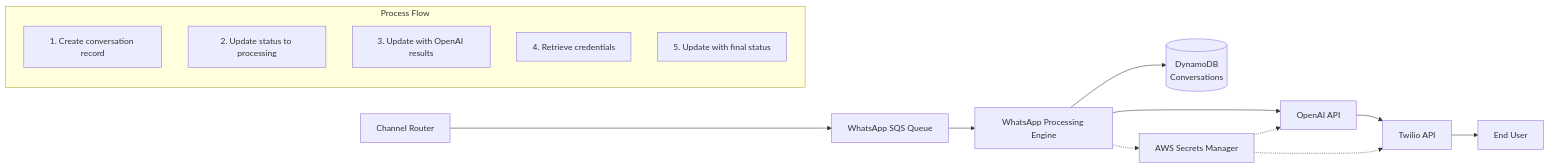
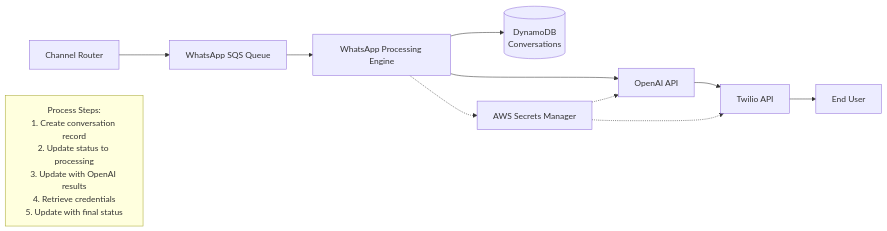
The first of 15 diagrams in lld/processing-engines/whatsapp/wa-processing-engine-diagrams-v1.0.md (junksamiad/template-sender-engine), drawn with Mermaid before and after one commit.

Commit message:
Replace Flow subgraph with note box to resolve Mermaid rendering issues

````diff
--- a/lld/processing-engines/whatsapp/wa-processing-engine-diagrams-v1.0.md
+++ b/lld/processing-engines/whatsapp/wa-processing-engine-diagrams-v1.0.md
@@ -7,21 +7,17 @@
 ```mermaid
 flowchart LR
     CR[Channel Router] --> SQS[WhatsApp SQS Queue]
     SQS --> WPE[WhatsApp Processing Engine]
     WPE --> DDB[(DynamoDB<br>Conversations)]
     WPE --> OAI[OpenAI API]
     OAI --> TWI[Twilio API]
     TWI --> EU[End User]
     WPE -.-> SM[AWS Secrets Manager]
     SM -.-> OAI
     SM -.-> TWI
     
-    subgraph Flow["Process Flow"]
-        direction TB
-        STEP1["1. Create conversation record"]
-        STEP2["2. Update status to processing"]
-        STEP3["3. Update with OpenAI results"]
-        STEP4["4. Retrieve credentials"]
-        STEP5["5. Update with final status"]
-    end
+    %% Process Steps Note
+    classDef noteClass fill:#ffffde,stroke:#aaaa33,stroke-width:1px
+    NOTE[Process Steps:<br>1. Create conversation record<br>2. Update status to processing<br>3. Update with OpenAI results<br>4. Retrieve credentials<br>5. Update with final status]
+    class NOTE noteClass
 ```
````
